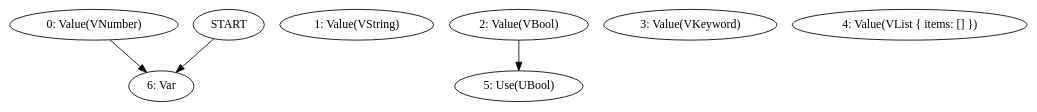
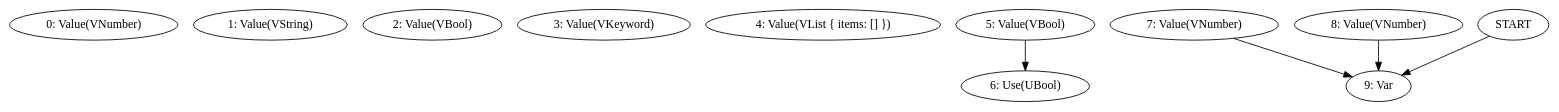
The first of 2 diagrams in docs/log/2025-06-16.md (frondeus/project-s), drawn with Graphviz before and after one commit. The commit also changed other lines of this file and 18 other files, not shown here.

````diff
--- a/docs/log/2025-06-16.md
+++ b/docs/log/2025-06-16.md
@@ -16,15 +16,19 @@
 ```graphviz
 digraph G {
 N0 [label="0: Value(VNumber)"];
 N1 [label="1: Value(VString)"];
 N2 [label="2: Value(VBool)"];
 N3 [label="3: Value(VKeyword)"];
 N4 [label="4: Value(VList { items: [] })"];
-N5 [label="5: Use(UBool)"];
-N6 [label="6: Var"];
-START -> N6
-N0 -> N6;
-N2 -> N5;
+N5 [label="5: Value(VBool)"];
+N6 [label="6: Use(UBool)"];
+N7 [label="7: Value(VNumber)"];
+N8 [label="8: Value(VNumber)"];
+N9 [label="9: Var"];
+START -> N9
+N5 -> N6;
+N7 -> N9;
+N8 -> N9;
 }
 
 ```
````
